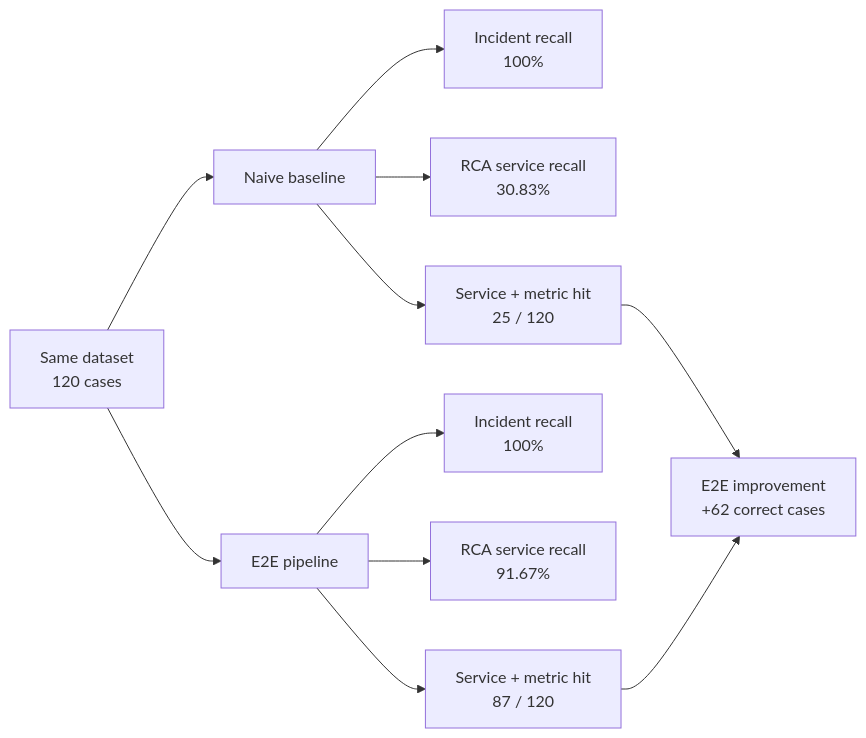
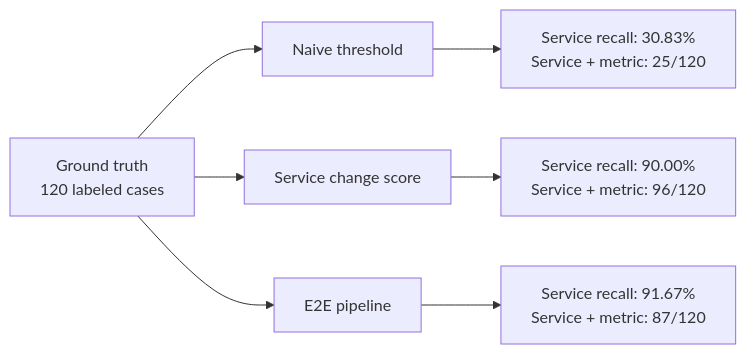
One commit to tf2-team/tf2-corp-platform changed the diagram in docs/aiops/eval/pipeline-comparison.md. Above: the diagram before and after it, drawn with Mermaid. The commit also changed other lines of this file and 9 other files, not shown here.

````diff
--- a/docs/aiops/eval/pipeline-comparison.md
+++ b/docs/aiops/eval/pipeline-comparison.md
@@ -47,13 +27,10 @@
 ```mermaid
 flowchart LR
-    A["Same dataset<br/>120 cases"] --> B["Naive baseline"]
-    A --> C["E2E pipeline"]
-    B --> B1["Incident recall<br/>100%"]
-    B --> B2["RCA service recall<br/>30.83%"]
-    B --> B3["Service + metric hit<br/>25 / 120"]
-    C --> C1["Incident recall<br/>100%"]
-    C --> C2["RCA service recall<br/>91.67%"]
-    C --> C3["Service + metric hit<br/>87 / 120"]
-    B3 --> D["E2E improvement<br/>+62 correct cases"]
-    C3 --> D
+    A["Ground truth<br/>120 labeled cases"] --> N["Naive threshold"]
+    A --> S["Service change score"]
+    A --> E["E2E pipeline"]
+
+    N --> N1["Service recall: 30.83%<br/>Service + metric: 25/120"]
+    S --> S1["Service recall: 90.00%<br/>Service + metric: 96/120"]
+    E --> E1["Service recall: 91.67%<br/>Service + metric: 87/120"]
 ```
````
